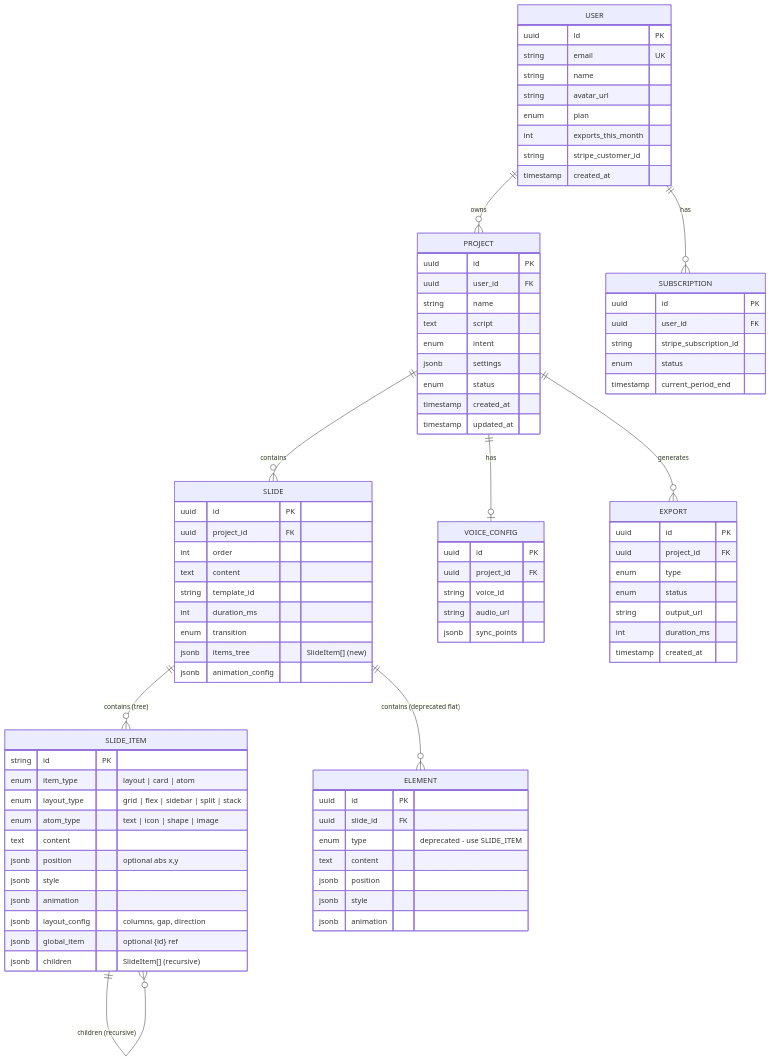
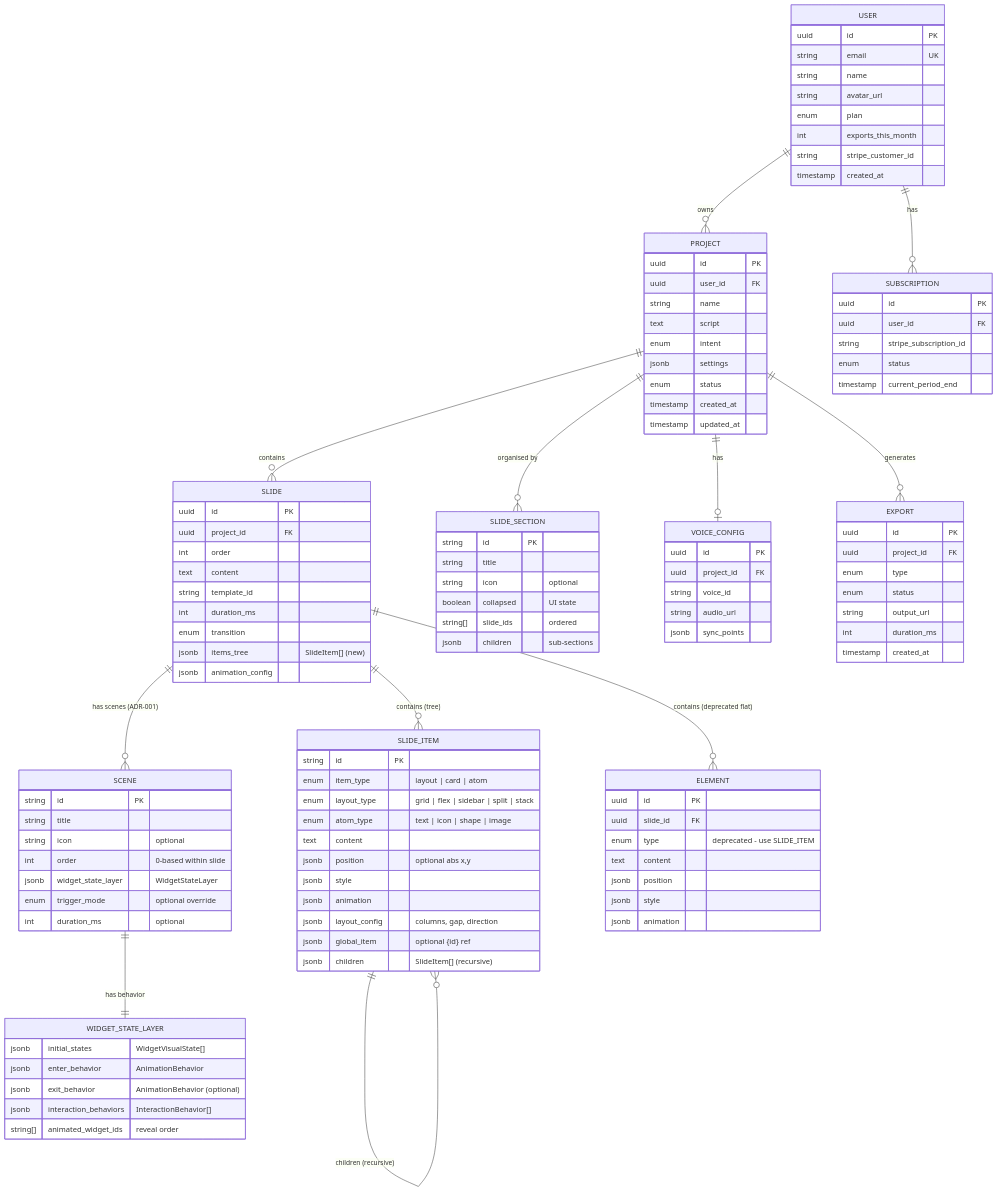
Before and after one commit to EvgenyEMK/visual-story: the fourth of 8 diagrams in docs/technical-architecture/overview.md, drawn with Mermaid. The commit also changed other lines of this file and 71 other files, not shown here.

```diff
--- a/docs/technical-architecture/overview.md
+++ b/docs/technical-architecture/overview.md
@@ -205,7 +205,10 @@
     USER ||--o{ PROJECT : owns
     USER ||--o{ SUBSCRIPTION : has
     PROJECT ||--o{ SLIDE : contains
+    PROJECT ||--o{ SLIDE_SECTION : "organised by"
     SLIDE ||--o{ SLIDE_ITEM : "contains (tree)"
+    SLIDE ||--o{ SCENE : "has scenes (ADR-001)"
+    SCENE ||--|| WIDGET_STATE_LAYER : "has behavior"
     SLIDE ||--o{ ELEMENT : "contains (deprecated flat)"
     SLIDE_ITEM ||--o{ SLIDE_ITEM : "children (recursive)"
     PROJECT ||--o| VOICE_CONFIG : has
@@ -269,6 +272,33 @@
         jsonb style
         jsonb animation
     }
+
+    SCENE {
+        string id PK
+        string title
+        string icon "optional"
+        int order "0-based within slide"
+        jsonb widget_state_layer "WidgetStateLayer"
+        enum trigger_mode "optional override"
+        int duration_ms "optional"
+    }
+
+    WIDGET_STATE_LAYER {
+        jsonb initial_states "WidgetVisualState[]"
+        jsonb enter_behavior "AnimationBehavior"
+        jsonb exit_behavior "AnimationBehavior (optional)"
+        jsonb interaction_behaviors "InteractionBehavior[]"
+        string[] animated_widget_ids "reveal order"
+    }
+
+    SLIDE_SECTION {
+        string id PK
+        string title
+        string icon "optional"
+        boolean collapsed "UI state"
+        string[] slide_ids "ordered"
+        jsonb children "sub-sections"
+    }
     
     VOICE_CONFIG {
         uuid id PK
```
